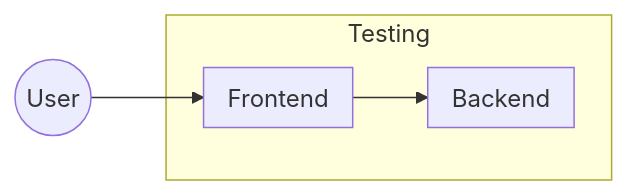
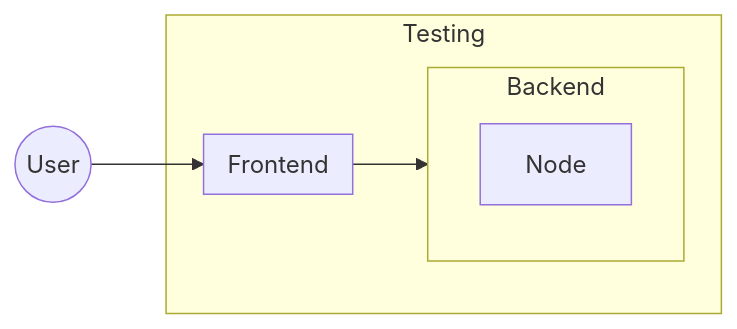
One commit to OfficialApurvChatur/POC02 changed the third of 3 diagrams in Readme.md. Above: the diagram before and after it, drawn with Mermaid. The commit also changed other lines of this file and 9 other files, not shown here.

````diff
--- a/Readme.md
+++ b/Readme.md
@@ -49,14 +49,15 @@
 ```mermaid
   flowchart LR
     User(("User"))
     subgraph Testing["Testing"]
       subgraph Frontend["Frontend"]
       end
 
       subgraph Backend["Backend"]
+        Node["Node"]
       end
     end
 
     User --> Frontend
     Frontend --> Backend
 ```
````
